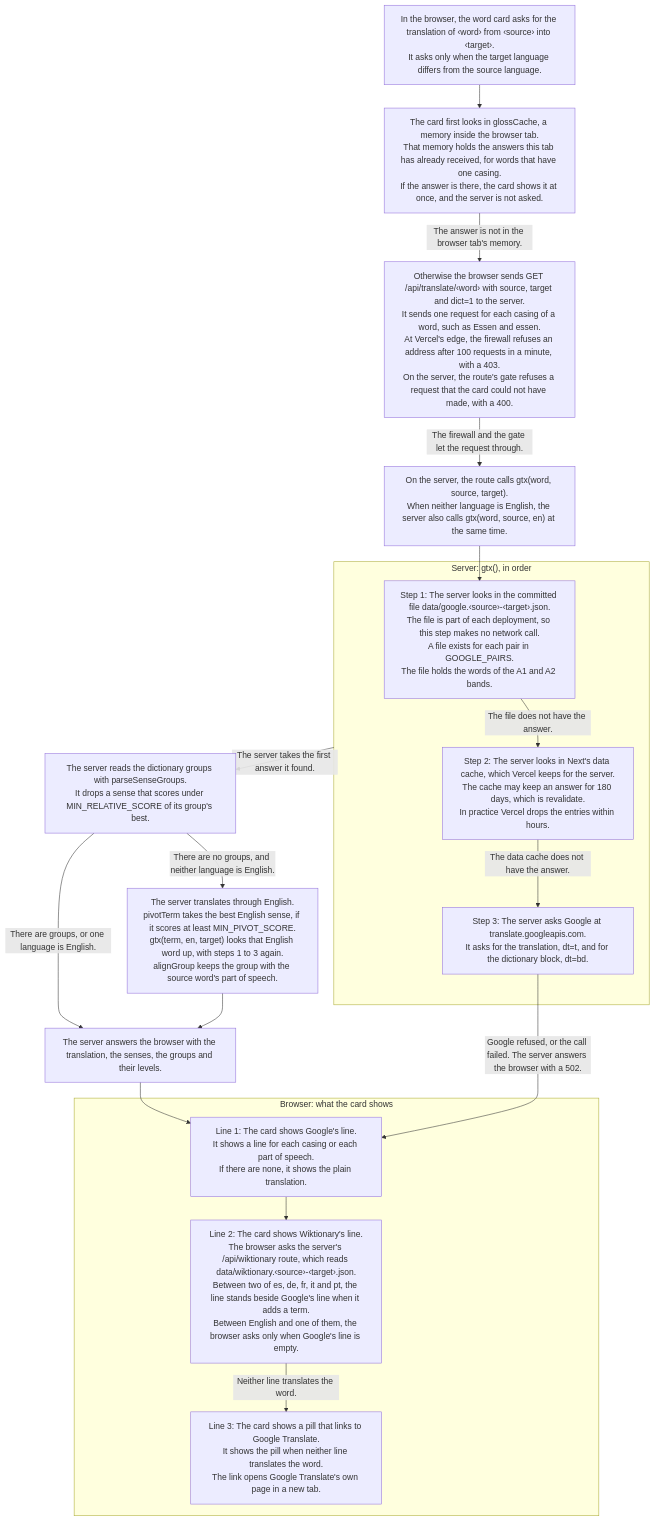
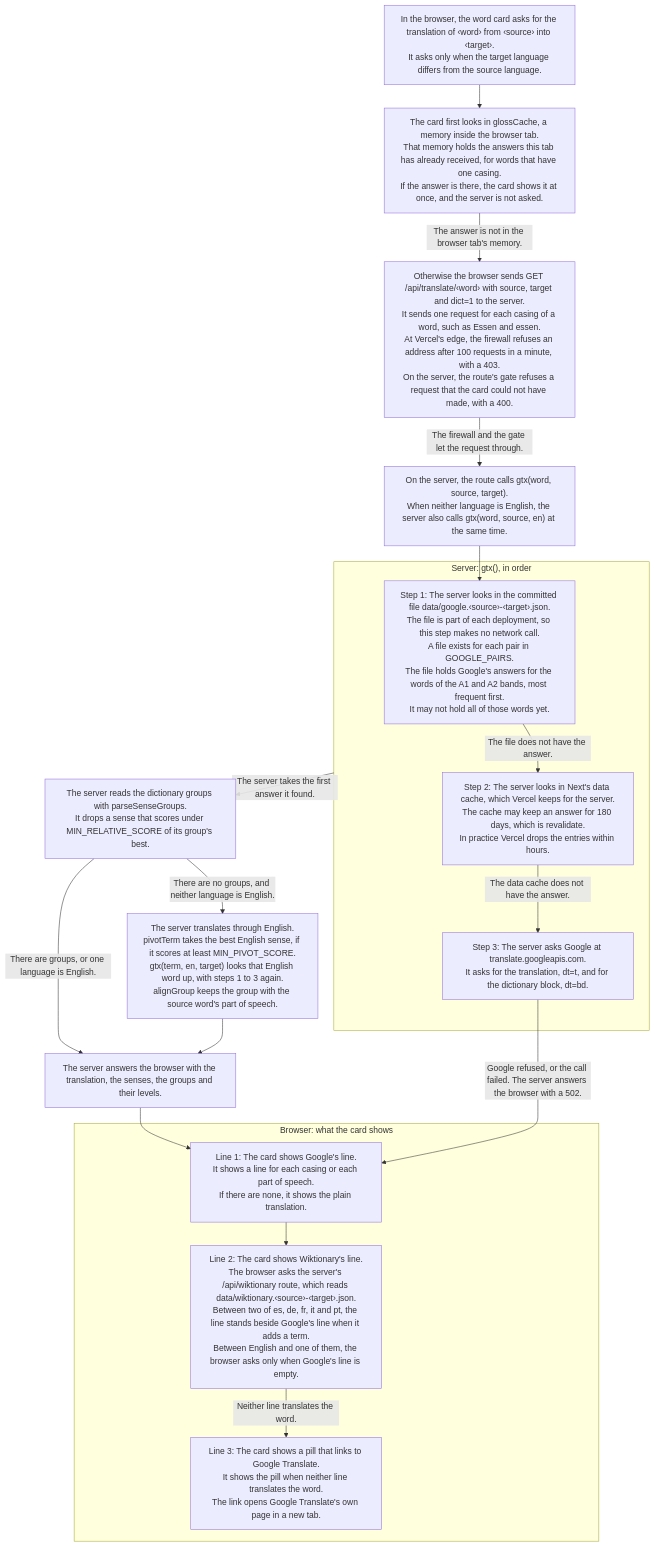
Before and after one commit to sanoodles/wordbands: the diagram in docs/translation.md, drawn with Mermaid. The commit also changed 4 other files, not shown here.

First line of the commit message:
docs: say that the committed Google answers hold only part of the head

````diff
--- a/docs/translation.md
+++ b/docs/translation.md
@@ -10,46 +10,46 @@
 ```mermaid
 ---
 config:
   flowchart:
     wrappingWidth: 300
     nodeSpacing: 40
     rankSpacing: 44
     subGraphTitleMargin:
       top: 0
       bottom: 14
 ---
 flowchart TD
   ask["In the browser, the word card asks for the translation of ‹word› from ‹source› into ‹target›.<br/>It asks only when the target language differs from the source language."]
   memo["The card first looks in glossCache, a memory inside the browser tab.<br/>That memory holds the answers this tab has already received, for words that have one casing.<br/>If the answer is there, the card shows it at once, and the server is not asked."]
   req["Otherwise the browser sends GET /api/translate/‹word› with source, target and dict=1 to the server.<br/>It sends one request for each casing of a word, such as Essen and essen.<br/>At Vercel's edge, the firewall refuses an address after 100 requests in a minute, with a 403.<br/>On the server, the route's gate refuses a request that the card could not have made, with a 400."]
   hop["On the server, the route calls gtx(word, source, target).<br/>When neither language is English, the server also calls gtx(word, source, en) at the same time."]
   ask --> memo
   memo -- "The answer is not in the browser tab's memory." --> req
   req -- "The firewall and the gate let the request through." --> hop
 
   subgraph gtx ["Server: gtx(), in order"]
-    s1["Step 1: The server looks in the committed file data/google.‹source›-‹target›.json.<br/>The file is part of each deployment, so this step makes no network call.<br/>A file exists for each pair in GOOGLE_PAIRS.<br/>The file holds the words of the A1 and A2 bands."]
+    s1["Step 1: The server looks in the committed file data/google.‹source›-‹target›.json.<br/>The file is part of each deployment, so this step makes no network call.<br/>A file exists for each pair in GOOGLE_PAIRS.<br/>The file holds Google's answers for the words of the A1 and A2 bands, most frequent first.<br/>It may not hold all of those words yet."]
     s2["Step 2: The server looks in Next's data cache, which Vercel keeps for the server.<br/>The cache may keep an answer for 180 days, which is revalidate.<br/>In practice Vercel drops the entries within hours."]
     s3["Step 3: The server asks Google at translate.googleapis.com.<br/>It asks for the translation, dt=t, and for the dictionary block, dt=bd."]
     s1 -- "The file does not have the answer." --> s2
     s2 -- "The data cache does not have the answer." --> s3
   end
 
   hop --> s1
   gtx -- "The server takes the first answer it found." --> groups
   groups["The server reads the dictionary groups with parseSenseGroups.<br/>It drops a sense that scores under MIN_RELATIVE_SCORE of its group's best."]
   groups -- "There are no groups, and neither language is English." --> pivot["The server translates through English.<br/>pivotTerm takes the best English sense, if it scores at least MIN_PIVOT_SCORE.<br/>gtx(term, en, target) looks that English word up, with steps 1 to 3 again.<br/>alignGroup keeps the group with the source word's part of speech."]
   groups -- "There are groups, or one language is English." --> resp["The server answers the browser with the translation, the senses, the groups and their levels."]
   pivot --> resp
 
   subgraph card ["Browser: what the card shows"]
     line1["Line 1: The card shows Google's line.<br/>It shows a line for each casing or each part of speech.<br/>If there are none, it shows the plain translation."]
     line2["Line 2: The card shows Wiktionary's line.<br/>The browser asks the server's /api/wiktionary route, which reads data/wiktionary.‹source›-‹target›.json.<br/>Between two of es, de, fr, it and pt, the line stands beside Google's line when it adds a term.<br/>Between English and one of them, the browser asks only when Google's line is empty."]
     line3["Line 3: The card shows a pill that links to Google Translate.<br/>It shows the pill when neither line translates the word.<br/>The link opens Google Translate's own page in a new tab."]
     line1 --> line2
     line2 -- "Neither line translates the word." --> line3
   end
 
   resp --> line1
   s3 -- "Google refused, or the call failed. The server answers the browser with a 502." --> line1
 ```
````
